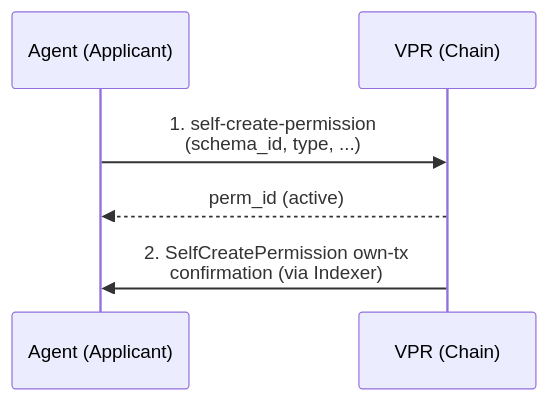
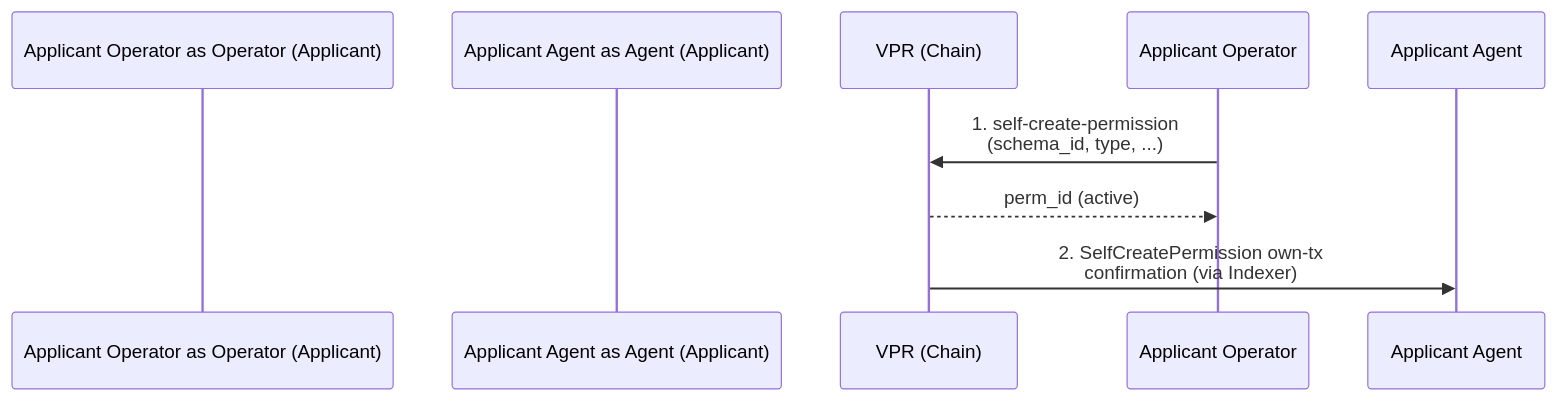
The ninth of 10 diagrams in v4/vs-agent/spec.md (verana-labs/verana-spec), drawn with Mermaid before and after one commit. The commit also changed other lines of this file, not shown here.

Commit message:
feat: updated flows

````diff
--- a/v4/vs-agent/spec.md
+++ b/v4/vs-agent/spec.md
@@ -632,9 +643,10 @@
 ```mermaid
 sequenceDiagram
-    participant Applicant as Agent (Applicant)
+    participant Applicant Operator as Operator (Applicant)
+    participant Applicant Agent as Agent (Applicant)
     participant VPR as VPR (Chain)
 
-    Applicant->>VPR: 1. self-create-permission<br/>(schema_id, type, ...)
-    VPR-->>Applicant: perm_id (active)
-    VPR->>Applicant: 2. SelfCreatePermission own-tx<br/>confirmation (via Indexer)
+    Applicant Operator->>VPR: 1. self-create-permission<br/>(schema_id, type, ...)
+    VPR-->>Applicant Operator: perm_id (active)
+    VPR->>Applicant Agent: 2. SelfCreatePermission own-tx<br/>confirmation (via Indexer)
 ```
````
